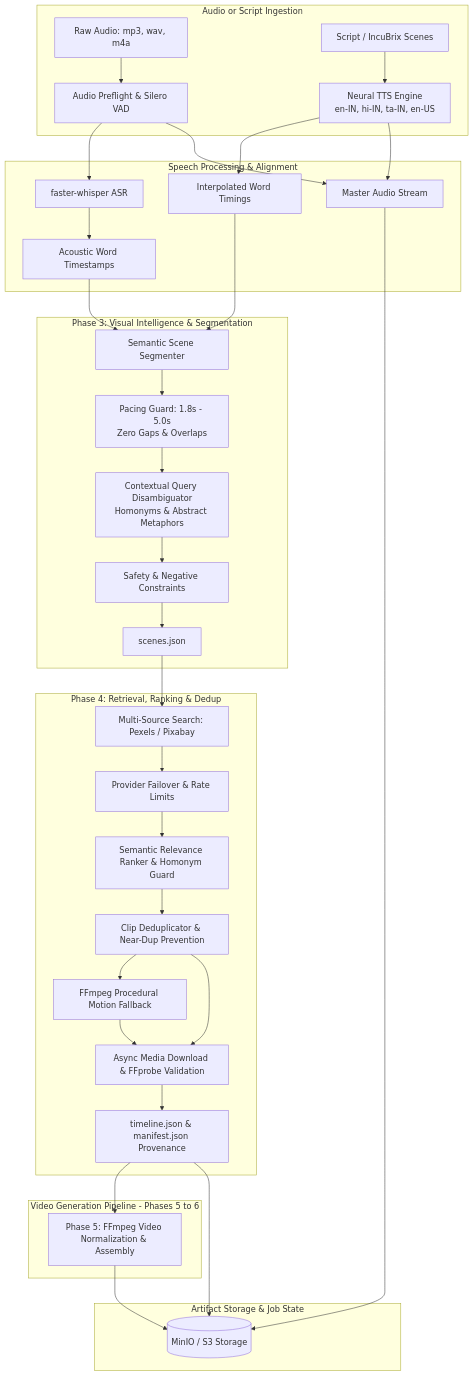
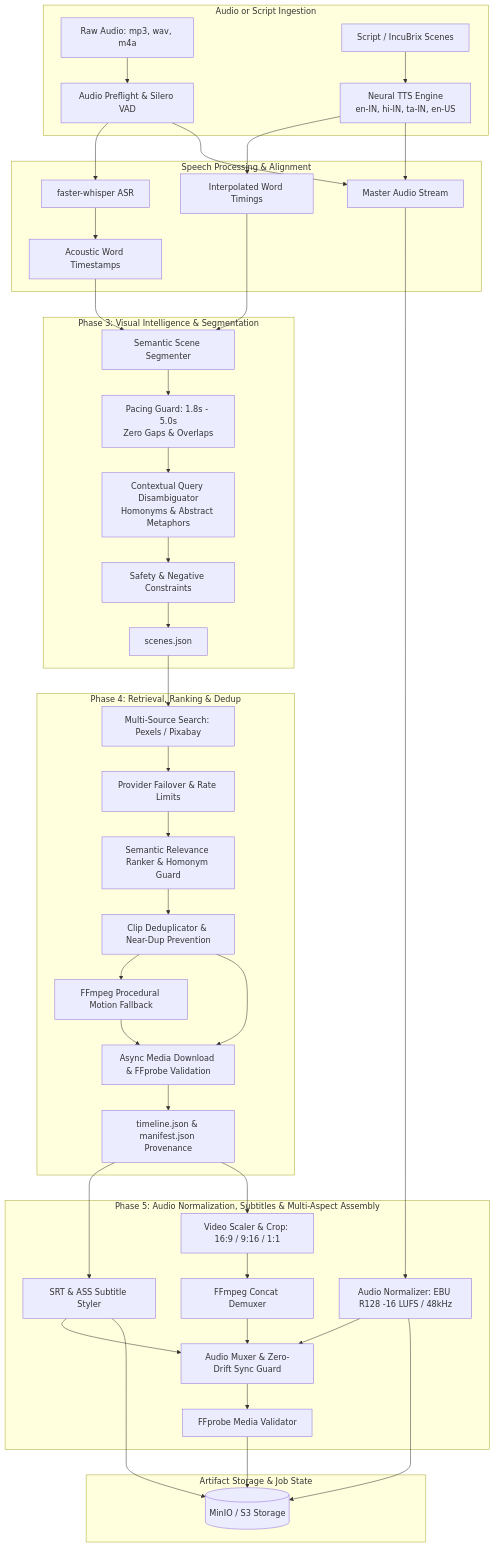
One commit to NISHANTH-KONCHADA/script-voiceover-broll-engine changed the diagram in README.md. Above: the diagram before and after it, drawn with Mermaid. The commit also changed other lines of this file and 8 other files, not shown here.

Commit message:
feat(media): implement audio normalization, subtitles, and multi-aspect video assembly (Phase 5)

````diff
--- a/README.md
+++ b/README.md
@@ -41,45 +49,52 @@
 ```mermaid
 flowchart TD
     subgraph Ingestion[Audio or Script Ingestion]
         AudioIn[Raw Audio: mp3, wav, m4a] --> Preflight[Audio Preflight & Silero VAD]
         ScriptIn[Script / IncuBrix Scenes] --> TTS[Neural TTS Engine\nen-IN, hi-IN, ta-IN, en-US]
     end
 
     subgraph SpeechProcessing[Speech Processing & Alignment]
         Preflight --> ASR[faster-whisper ASR]
         ASR --> WordTimings[Acoustic Word Timestamps]
         TTS --> WordTimingsTTS[Interpolated Word Timings]
         TTS --> MasterAudio[Master Audio Stream]
         Preflight --> MasterAudio
     end
 
     subgraph SceneIntelligence[Phase 3: Visual Intelligence & Segmentation]
         WordTimings --> Seg[Semantic Scene Segmenter]
         WordTimingsTTS --> Seg
         Seg --> Pacing[Pacing Guard: 1.8s - 5.0s\nZero Gaps & Overlaps]
         Pacing --> Disambig[Contextual Query Disambiguator\nHomonyms & Abstract Metaphors]
         Disambig --> Safety[Safety & Negative Constraints]
         Safety --> ScenesArtifact[scenes.json]
     end
 
     subgraph FootageEngine[Phase 4: Retrieval, Ranking & Dedup]
         ScenesArtifact --> Search[Multi-Source Search: Pexels / Pixabay]
         Search --> Failover[Provider Failover & Rate Limits]
         Failover --> Ranker[Semantic Relevance Ranker & Homonym Guard]
         Ranker --> Dedup[Clip Deduplicator & Near-Dup Prevention]
         Dedup --> Fallback[FFmpeg Procedural Motion Fallback]
         Dedup --> Download[Async Media Download & FFprobe Validation]
         Fallback --> Download
         Download --> TimelineArtifact[timeline.json & manifest.json Provenance]
     end
 
-    subgraph VideoEngine[Video Generation Pipeline - Phases 5 to 6]
-        TimelineArtifact --> Normalization[Phase 5: FFmpeg Video Normalization & Assembly]
+    subgraph VideoAssembly[Phase 5: Audio Normalization, Subtitles & Multi-Aspect Assembly]
+        MasterAudio --> AudioNorm[Audio Normalizer: EBU R128 -16 LUFS / 48kHz]
+        TimelineArtifact --> Subtitles[SRT & ASS Subtitle Styler]
+        TimelineArtifact --> VideoScaler[Video Scaler & Crop: 16:9 / 9:16 / 1:1]
+        VideoScaler --> Concat[FFmpeg Concat Demuxer]
+        AudioNorm --> Muxer[Audio Muxer & Zero-Drift Sync Guard]
+        Subtitles --> Muxer
+        Concat --> Muxer
+        Muxer --> Probe[FFprobe Media Validator]
     end
 
     subgraph Delivery[Artifact Storage & Job State]
-        Normalization --> S3[(MinIO / S3 Storage)]
-        MasterAudio --> S3
-        TimelineArtifact --> S3
+        Probe --> S3[(MinIO / S3 Storage)]
+        AudioNorm --> S3
+        Subtitles --> S3
     end
 ```
````
